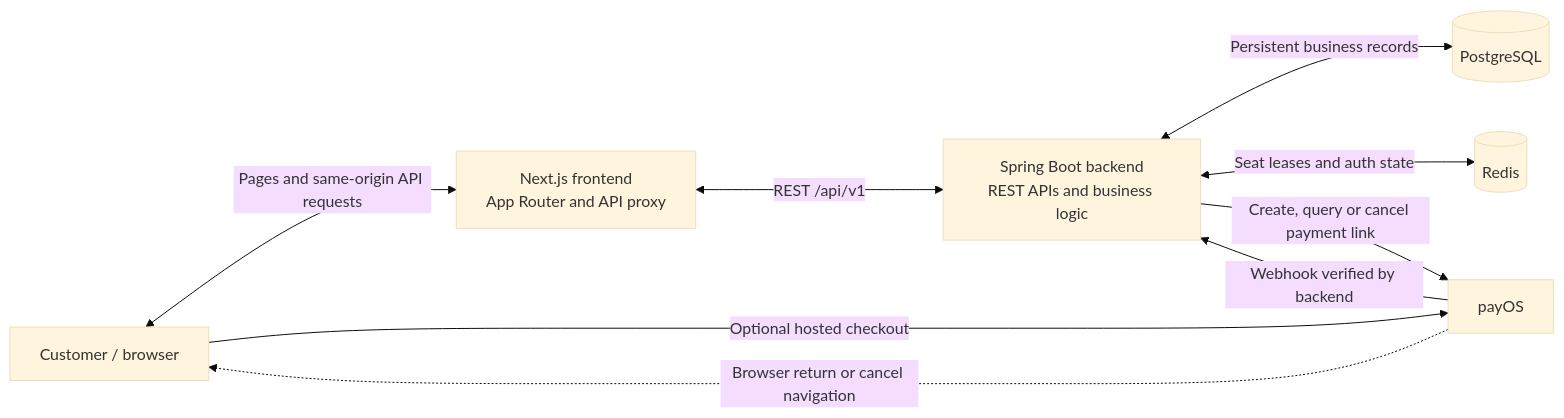
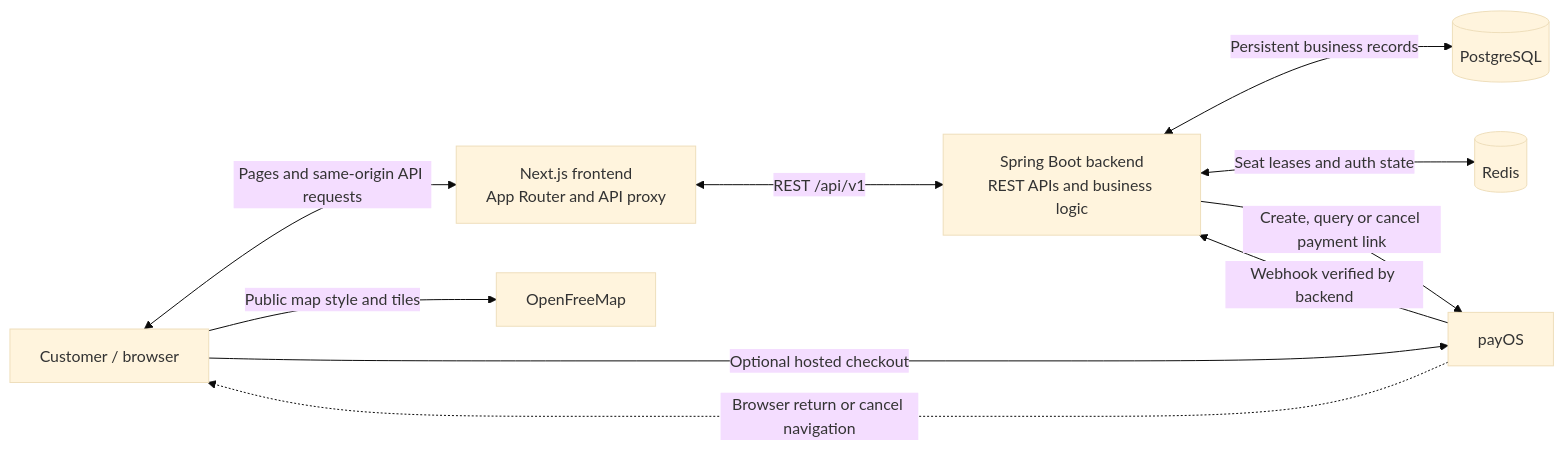
The first of 3 diagrams in docs/02-system-architecture.md (thannthai/flight-booking-system), drawn with Mermaid (base theme) before and after one commit. The commit also changed other lines of this file and 4 other files, not shown here.

````diff
--- a/docs/02-system-architecture.md
+++ b/docs/02-system-architecture.md
@@ -23,18 +23,20 @@
 ```mermaid
 flowchart LR
     Browser["Customer / browser"]
     Next["Next.js frontend<br/>App Router and API proxy"]
     Backend["Spring Boot backend<br/>REST APIs and business logic"]
     PG[(PostgreSQL)]
     Redis[(Redis)]
     PayOS["payOS"]
+    OpenFreeMap["OpenFreeMap"]
 
     Browser <-->|Pages and same-origin API requests| Next
     Next <-->|REST /api/v1| Backend
     Backend <-->|Persistent business records| PG
     Backend <-->|Seat leases and auth state| Redis
     Backend -->|Create, query or cancel payment link| PayOS
     PayOS -->|Webhook verified by backend| Backend
+    Browser -->|Public map style and tiles| OpenFreeMap
     Browser -->|Optional hosted checkout| PayOS
     PayOS -.->|Browser return or cancel navigation| Browser
 ```
````
